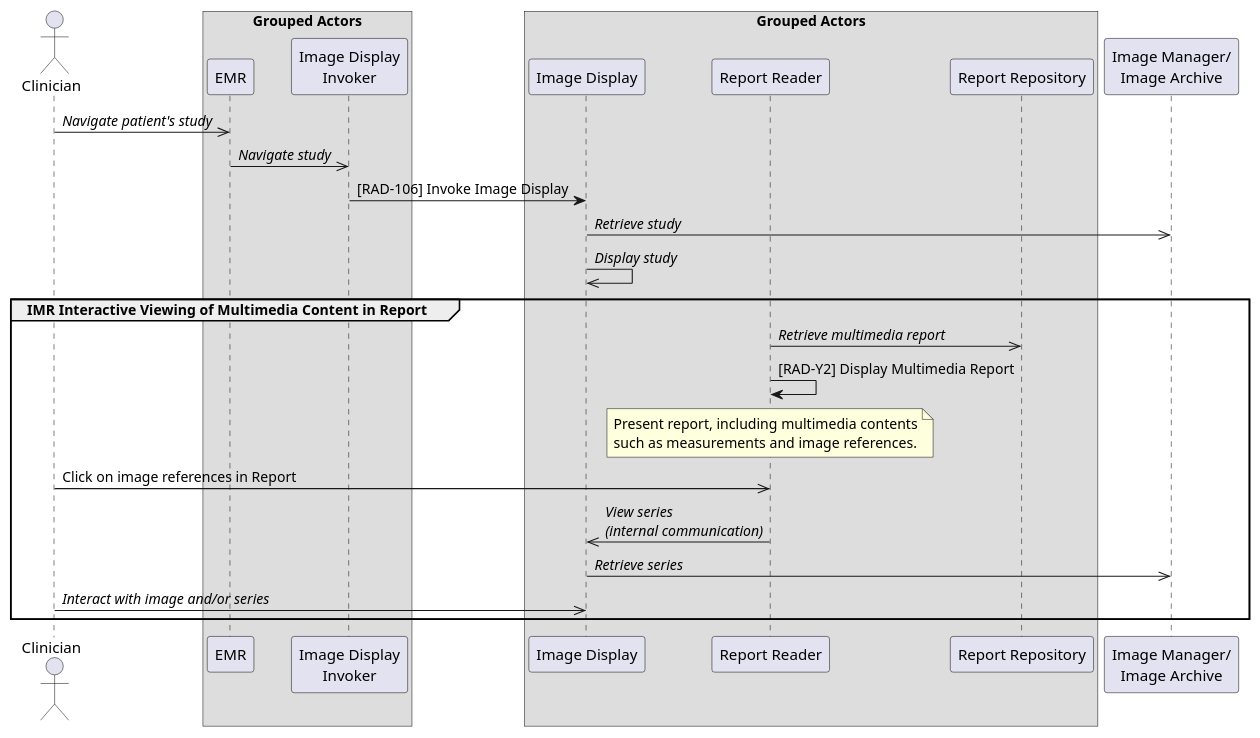
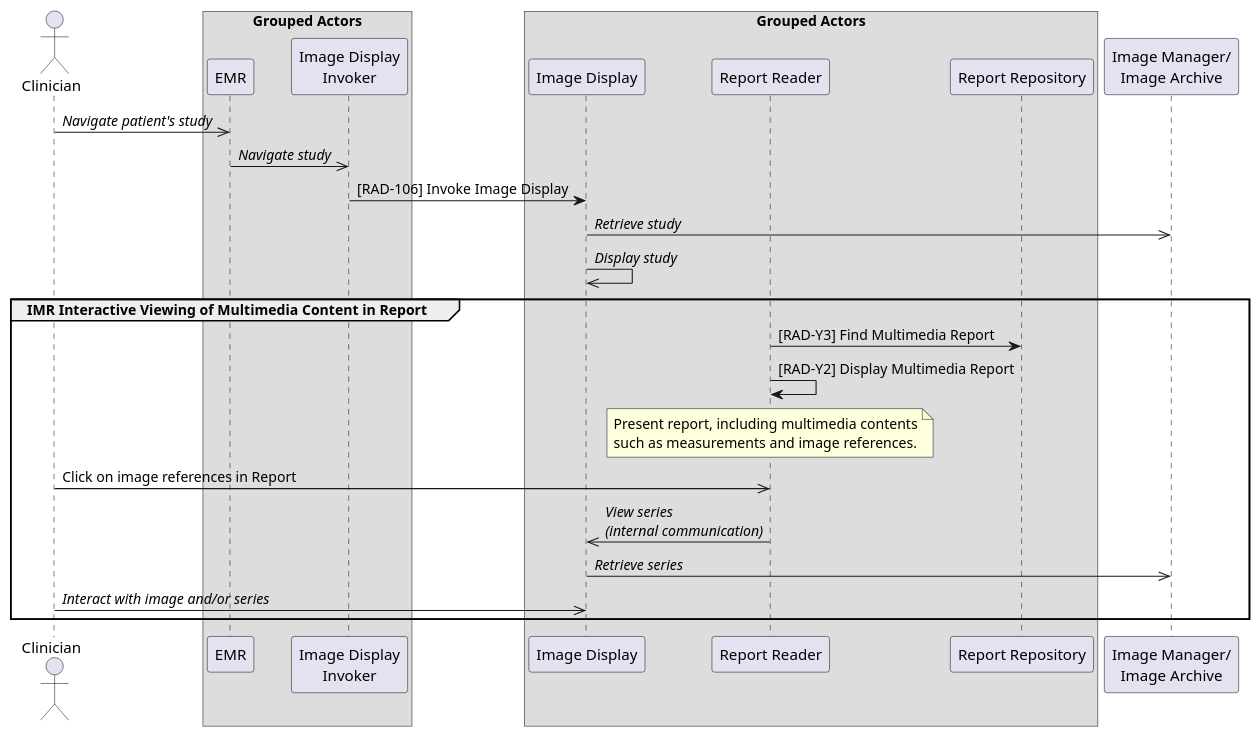
Before and after one commit to IHE/RAD.IMR: the diagram in input/images-source/uc4b-presenting-interactive-report-EMR-use-IID.plantuml, drawn with PlantUML. The commit also changed 7 other files, not shown here.

Commit message:
Updated to have Image Display supports RAD-Y5. The standalone Report Reader now supports retrieve rendered images. Updated the use cases to reflect the rendered image display differences.

```diff
--- a/input/images-source/uc4b-presenting-interactive-report-EMR-use-IID.plantuml
+++ b/input/images-source/uc4b-presenting-interactive-report-EMR-use-IID.plantuml
@@ -1,41 +1,41 @@
 @startuml
 
 actor Clinician as Clinician
 
 box Grouped Actors
 participant "EMR" as EMR
 participant "Image Display\nInvoker" as Invoker
 end box
 
 box Grouped Actors
 participant "Image Display" as Display
 participant "Report Reader" as Reader
 participant "Report Repository" as Repo
 end box
 
 participant "Image Manager/\nImage Archive" as Archive
 
 Clinician->>EMR: //Navigate patient's study//
 EMR->>Invoker: //Navigate study//
 
 Invoker->Display: [RAD-106] Invoke Image Display
 Display->>Archive: //Retrieve study//
 Display->>Display: //Display study//
 
 group IMR Interactive Viewing of Multimedia Content in Report
-Reader->>Repo: //Retrieve multimedia report//
+Reader->Repo: [RAD-Y3] Find Multimedia Report
 Reader->Reader: [RAD-Y2] Display Multimedia Report
 
 note over Reader
 Present report, including multimedia contents
 such as measurements and image references.
 end note
 
 Clinician->>Reader: Click on image references in Report
 Reader->>Display: //View series//\n//(internal communication)//
 Display->>Archive: //Retrieve series//
 
 Clinician->>Display: //Interact with image and/or series//
 end
 
 @enduml
```
